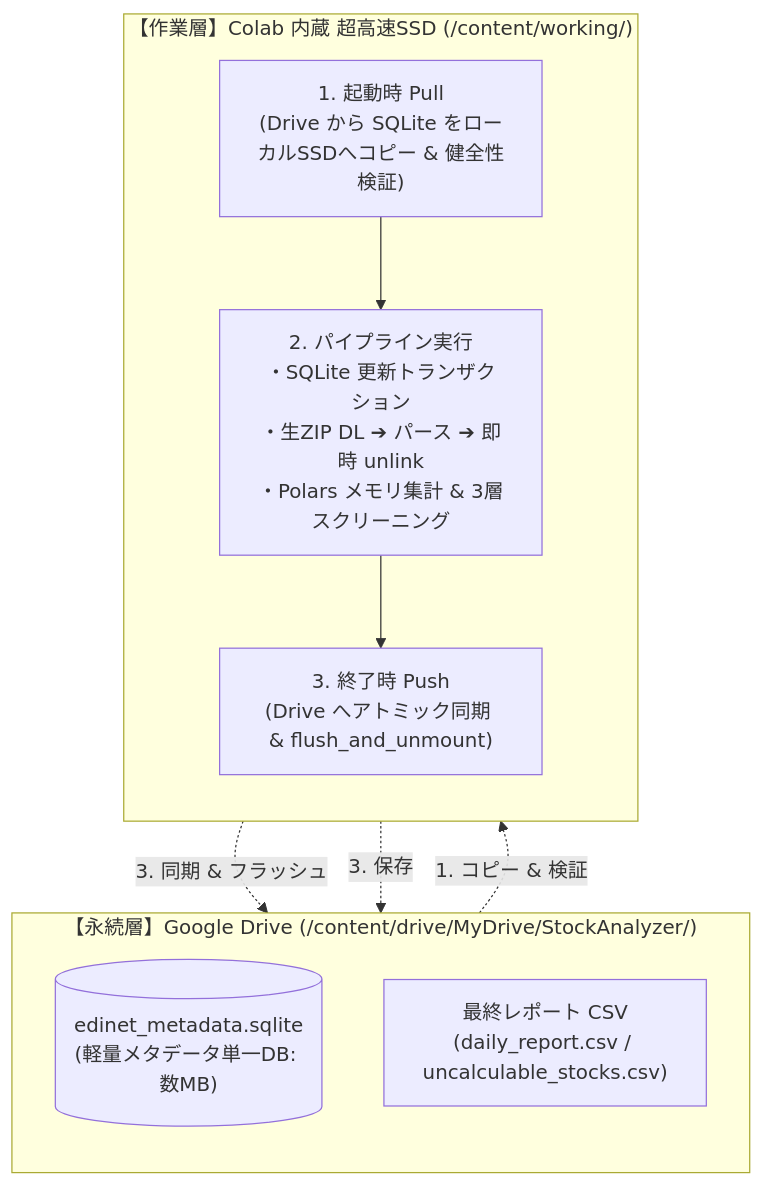
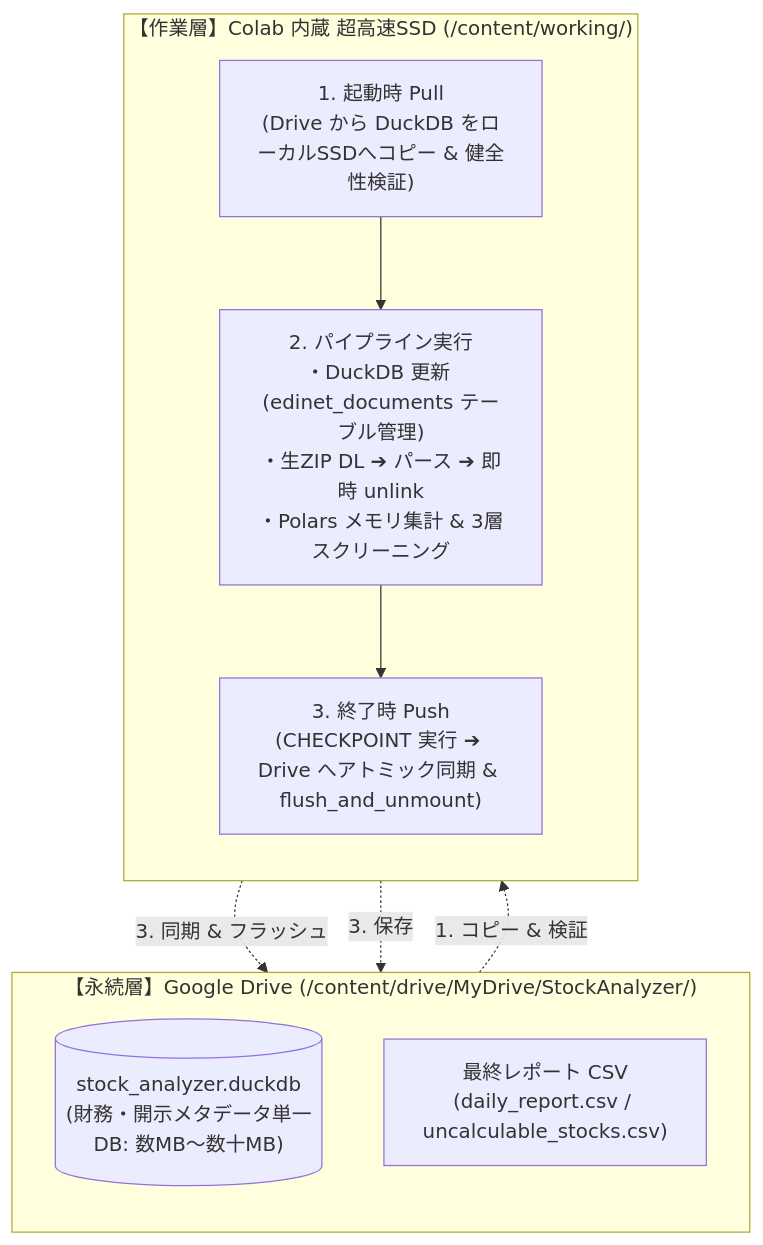
The first of 2 diagrams in docs/designs/colab_execution_architecture_and_guide_design.md (akkyey/stock-analyzer-core), drawn with Mermaid before and after one commit. The commit also changed other lines of this file and 13 other files, not shown here.

````diff
--- a/docs/designs/colab_execution_architecture_and_guide_design.md
+++ b/docs/designs/colab_execution_architecture_and_guide_design.md
@@ -47,20 +47,20 @@
 ```mermaid
 flowchart TD
     subgraph Persistent_Layer ["【永続層】Google Drive (/content/drive/MyDrive/StockAnalyzer/)"]
         direction TB
-        P_DB[("edinet_metadata.sqlite<br>(軽量メタデータ単一DB: 数MB)")]
+        P_DB[("stock_analyzer.duckdb<br>(財務・開示メタデータ単一DB: 数MB〜数十MB)")]
         P_Out["最終レポート CSV<br>(daily_report.csv / uncalculable_stocks.csv)"]
     end
 
     subgraph Working_Layer ["【作業層】Colab 内蔵 超高速SSD (/content/working/)"]
         direction TB
-        W_Pull["1. 起動時 Pull<br>(Drive から SQLite をローカルSSDへコピー & 健全性検証)"]
-        W_Exec["2. パイプライン実行<br>・SQLite 更新トランザクション<br>・生ZIP DL ➔ パース ➔ 即時 unlink<br>・Polars メモリ集計 & 3層スクリーニング"]
-        W_Push["3. 終了時 Push<br>(Drive へアトミック同期 & flush_and_unmount)"]
+        W_Pull["1. 起動時 Pull<br>(Drive から DuckDB をローカルSSDへコピー & 健全性検証)"]
+        W_Exec["2. パイプライン実行<br>・DuckDB 更新 (edinet_documents テーブル管理)<br>・生ZIP DL ➔ パース ➔ 即時 unlink<br>・Polars メモリ集計 & 3層スクリーニング"]
+        W_Push["3. 終了時 Push<br>(CHECKPOINT 実行 ➔ Drive へアトミック同期 & flush_and_unmount)"]
         W_Pull --> W_Exec --> W_Push
     end
 
     P_DB -.->|1. コピー & 検証| W_Pull
     W_Push -.->|3. 同期 & フラッシュ| P_DB
     W_Push -.->|3. 保存| P_Out
 ```
````
